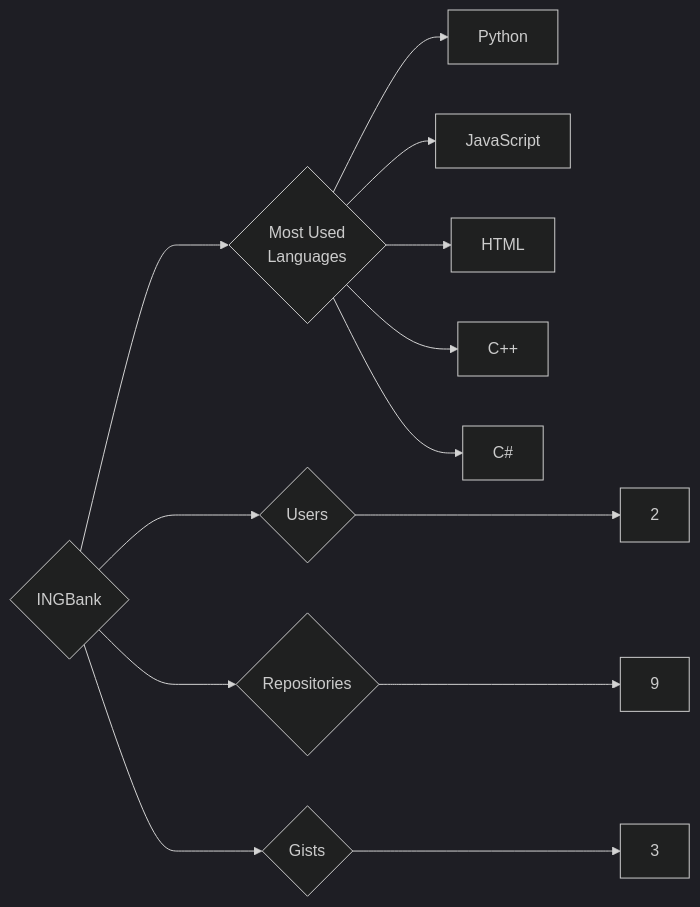
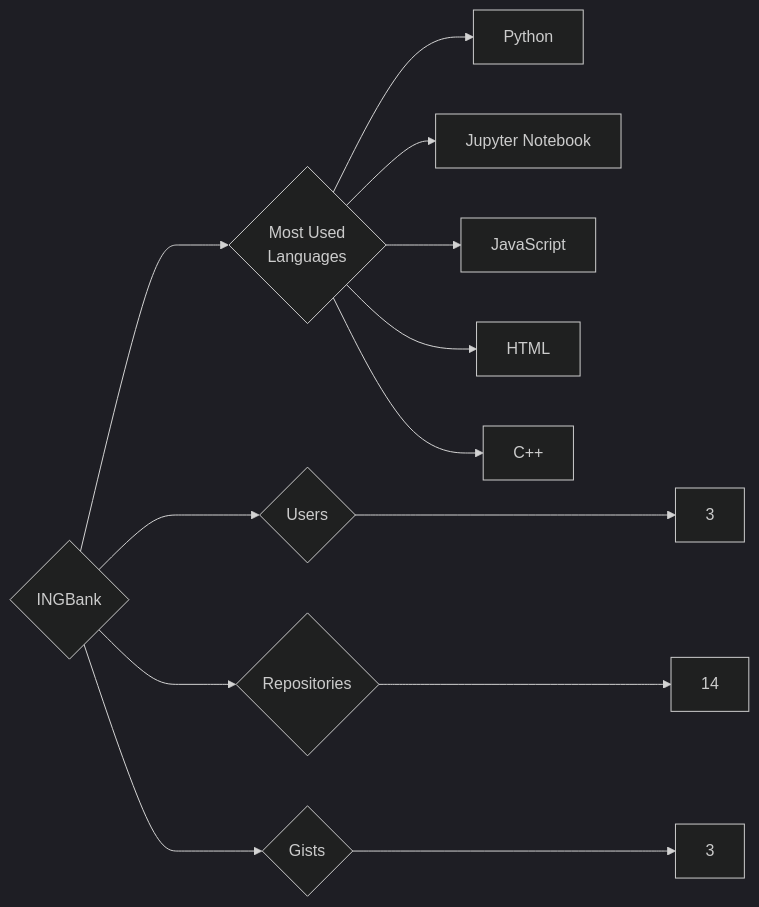
One commit to trickest/insiders changed the diagram in targets/INGBank/README.md. Above: the diagram before and after it, drawn with Mermaid (dark theme). The commit also changed 776 other files, not shown here.

````diff
--- a/targets/INGBank/README.md
+++ b/targets/INGBank/README.md
@@ -3,13 +3,13 @@
 ```mermaid
 graph LR
 COMPANY_NAME{INGBank}
-COMPANY_NAME ---> U{Users} ---> UN[2]
-COMPANY_NAME ---> R{Repositories} ---> RN[9]
+COMPANY_NAME ---> U{Users} ---> UN[3]
+COMPANY_NAME ---> R{Repositories} ---> RN[14]
 COMPANY_NAME ---> G{Gists} ---> GN[3]
 COMPANY_NAME ---> ML{Most Used<br>Languages}
 ML --> Python[Python]
+ML --> Jupyter_Notebook[Jupyter Notebook]
 ML --> JavaScript[JavaScript]
 ML --> HTML[HTML]
 ML --> C++[C++]
-ML --> C#[C#]
 ```
````
